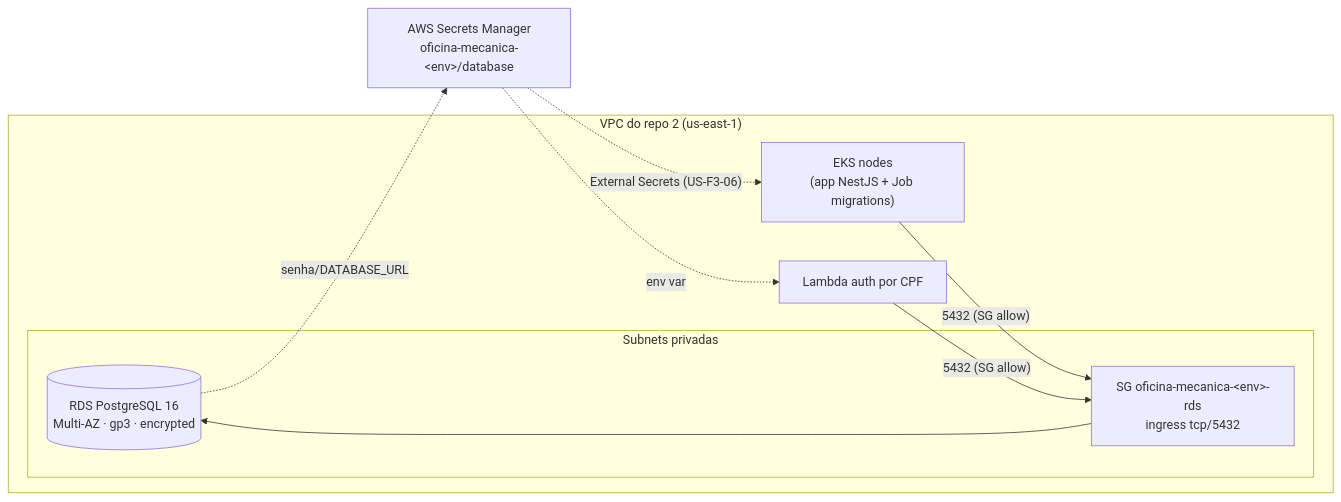
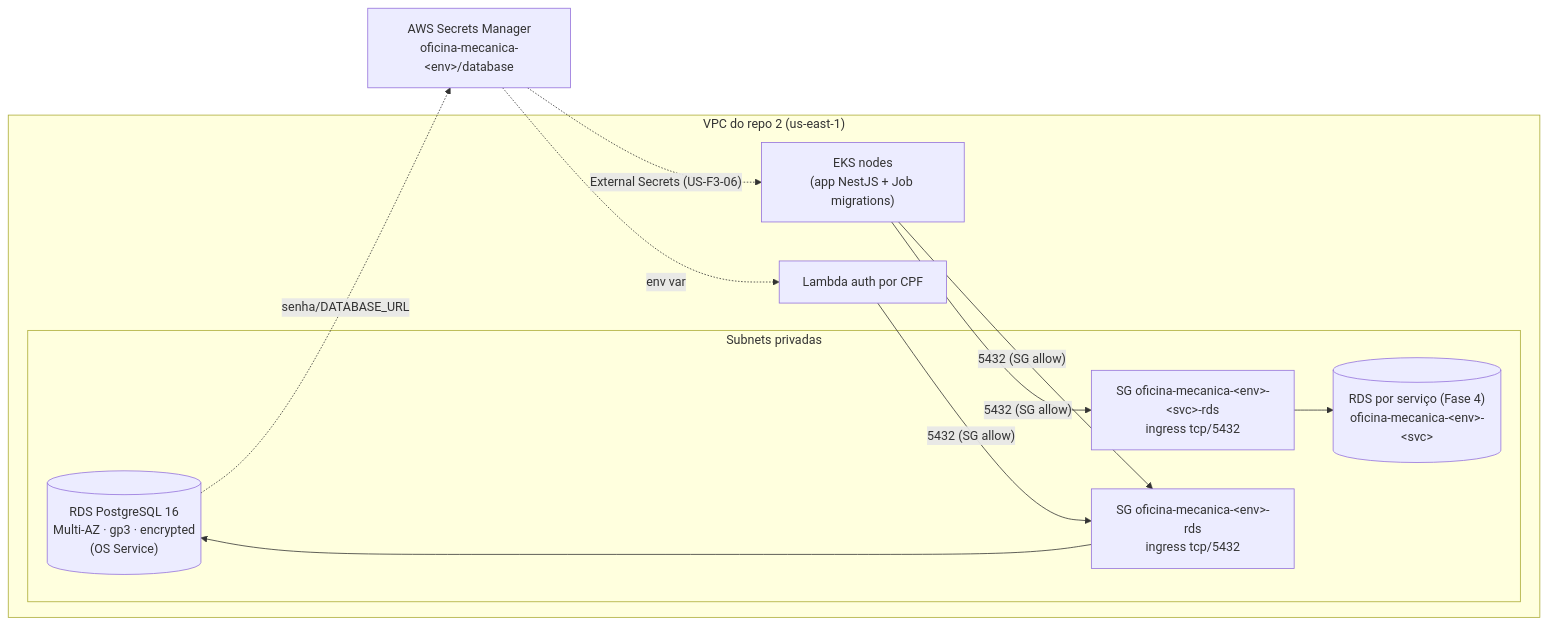
The second of 2 diagrams in README.md (guilhermeqmaia/soat-fiap-oficina-infra-db), drawn with Mermaid before and after one commit. The commit also changed other lines of this file and 9 other files, not shown here.

First line of the commit message:
feat(rds): uma instancia RDS por servico (US-F4-03)

````diff
--- a/README.md
+++ b/README.md
@@ -61,18 +61,21 @@
 ```mermaid
 flowchart LR
   subgraph VPC["VPC do repo 2 (us-east-1)"]
     subgraph priv["Subnets privadas"]
-      RDS[("RDS PostgreSQL 16<br/>Multi-AZ · gp3 · encrypted")]
+      RDS[("RDS PostgreSQL 16<br/>Multi-AZ · gp3 · encrypted<br/>(OS Service)")]
       SGRDS["SG oficina-mecanica-&lt;env&gt;-rds<br/>ingress tcp/5432"]
+      RDSSVC[("RDS por serviço (Fase 4)<br/>oficina-mecanica-&lt;env&gt;-&lt;svc&gt;")]
+      SGSVC["SG oficina-mecanica-&lt;env&gt;-&lt;svc&gt;-rds<br/>ingress tcp/5432"]
     end
     EKS["EKS nodes<br/>(app NestJS + Job migrations)"]
     LAMBDA["Lambda auth por CPF"]
   end
   SM["AWS Secrets Manager<br/>oficina-mecanica-&lt;env&gt;/database"]
 
   EKS -- "5432 (SG allow)" --> SGRDS --> RDS
+  EKS -- "5432 (SG allow)" --> SGSVC --> RDSSVC
   LAMBDA -- "5432 (SG allow)" --> SGRDS
   RDS -. senha/DATABASE_URL .-> SM
   SM -. "External Secrets (US-F3-06)" .-> EKS
   SM -. env var .-> LAMBDA
 ```
````
